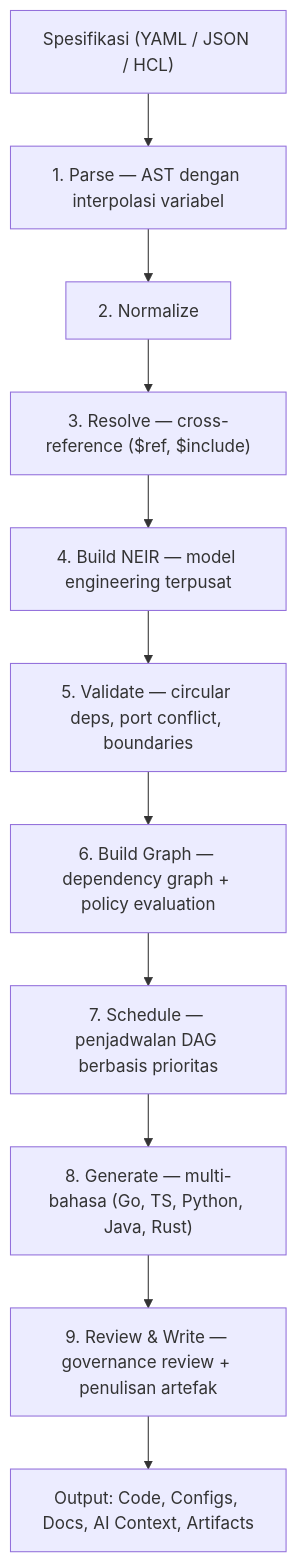
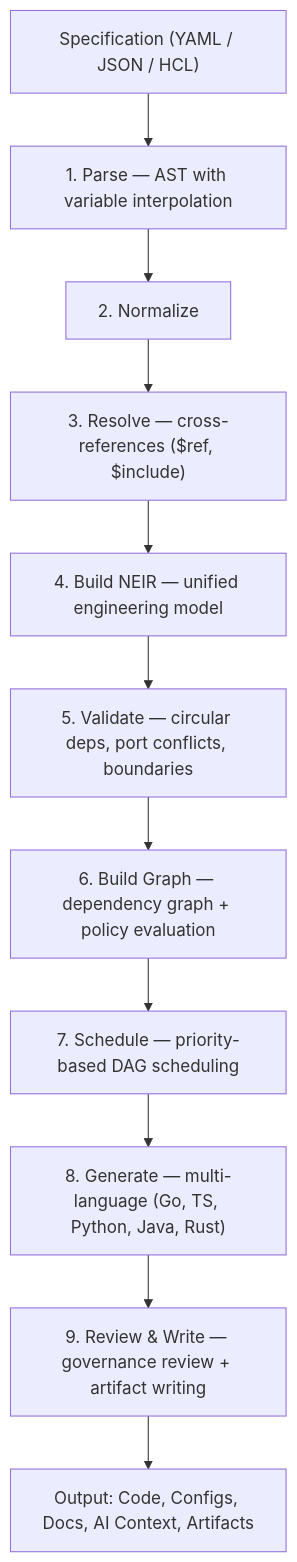
The fourth of 7 diagrams in WHITEPAPER.md (NAEOS-foundation/naeos), drawn with Mermaid before and after one commit. The commit also changed other lines of this file, not shown here.

````diff
--- a/WHITEPAPER.md
+++ b/WHITEPAPER.md
@@ -167,13 +167,13 @@
 ```mermaid
 flowchart TB
-    IN["Spesifikasi (YAML / JSON / HCL)"] --> P["1. Parse — AST dengan interpolasi variabel"]
+    IN["Specification (YAML / JSON / HCL)"] --> P["1. Parse — AST with variable interpolation"]
     P --> N["2. Normalize"]
-    N --> R["3. Resolve — cross-reference ($ref, $include)"]
-    R --> B["4. Build NEIR — model engineering terpusat"]
-    B --> V["5. Validate — circular deps, port conflict, boundaries"]
+    N --> R["3. Resolve — cross-references ($ref, $include)"]
+    R --> B["4. Build NEIR — unified engineering model"]
+    B --> V["5. Validate — circular deps, port conflicts, boundaries"]
     V --> G["6. Build Graph — dependency graph + policy evaluation"]
-    G --> S["7. Schedule — penjadwalan DAG berbasis prioritas"]
-    S --> GE["8. Generate — multi-bahasa (Go, TS, Python, Java, Rust)"]
-    GE --> W["9. Review & Write — governance review + penulisan artefak"]
+    G --> S["7. Schedule — priority-based DAG scheduling"]
+    S --> GE["8. Generate — multi-language (Go, TS, Python, Java, Rust)"]
+    GE --> W["9. Review & Write — governance review + artifact writing"]
     W --> OUT["Output: Code, Configs, Docs, AI Context, Artifacts"]
 ```
````
